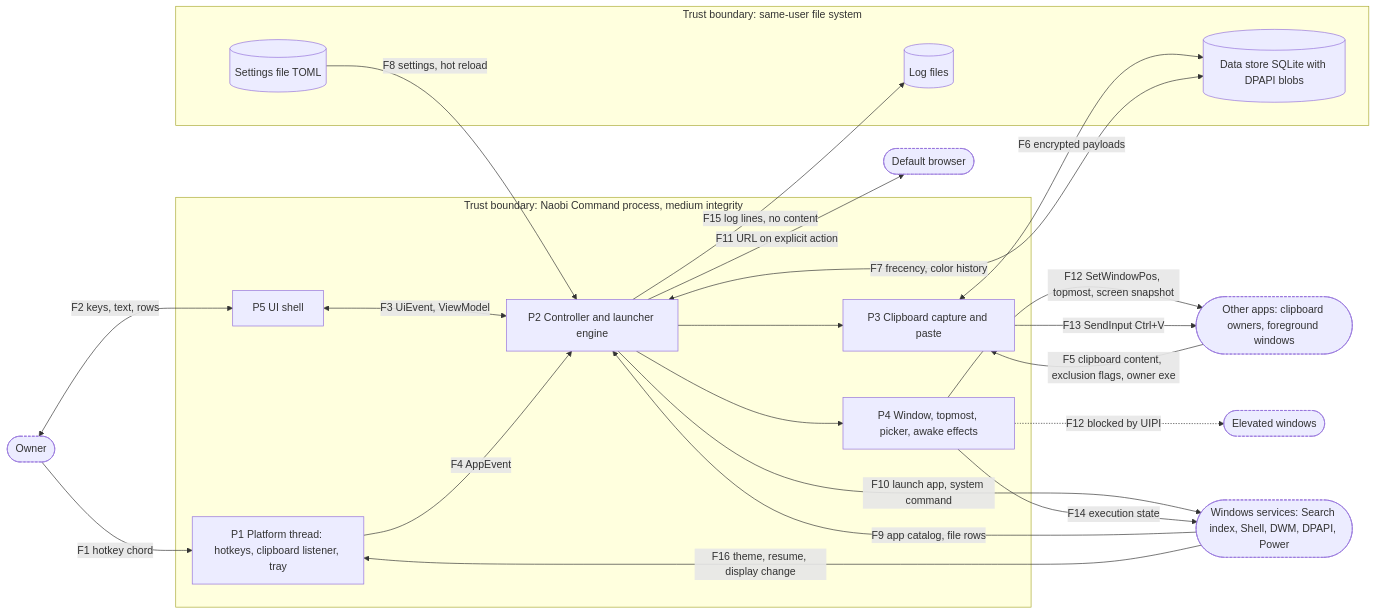
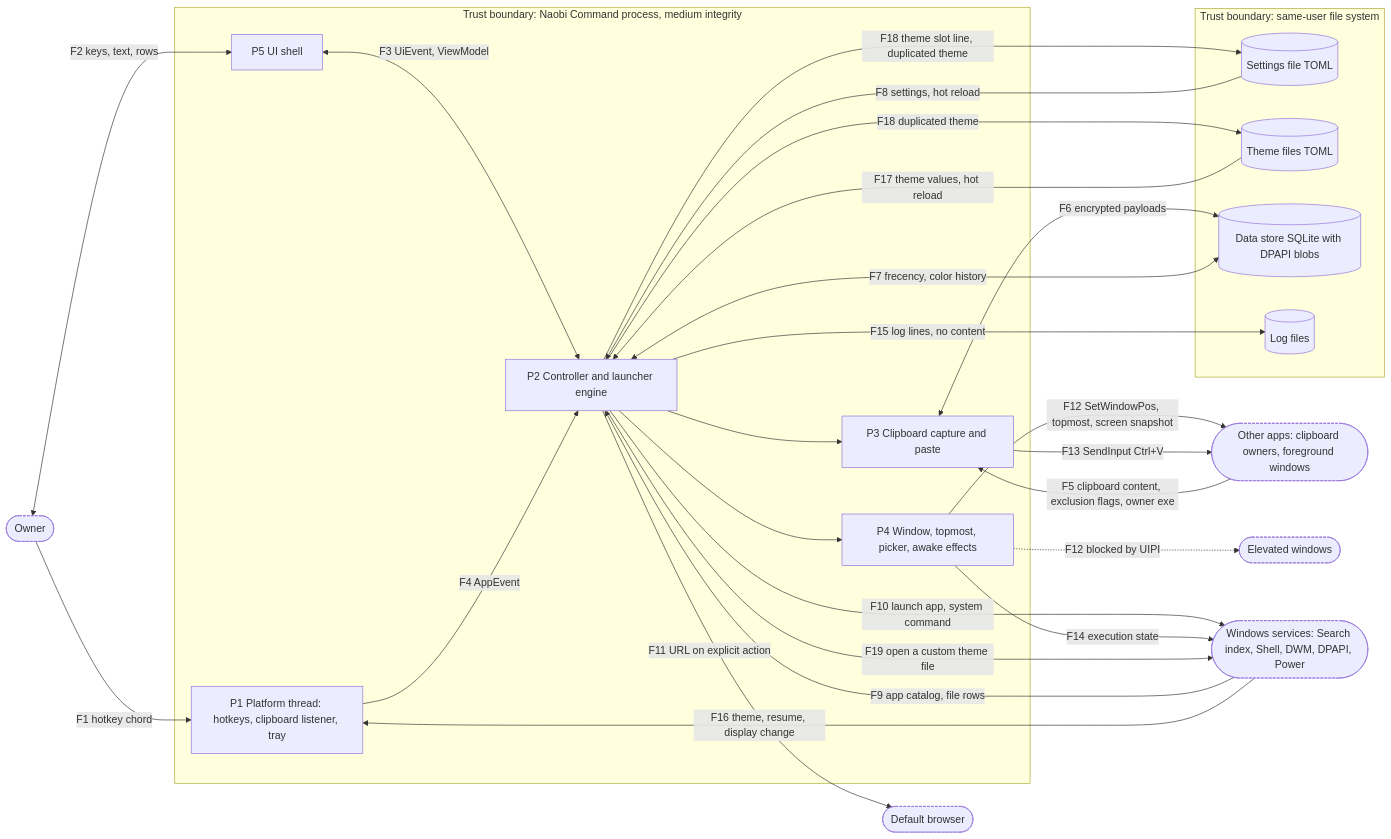
Before and after one commit to mrraihan29/naobi-command: the diagram in docs/diagrams/dfd.mmd, drawn with Mermaid. The commit also changed 12 other files, not shown here.

```diff
--- a/docs/diagrams/dfd.mmd
+++ b/docs/diagrams/dfd.mmd
@@ -1,38 +1,43 @@
 flowchart LR
   owner([Owner]):::ext
   otherapps([Other apps: clipboard owners, foreground windows]):::ext
   elevated([Elevated windows]):::ext
   winsvc([Windows services: Search index, Shell, DWM, DPAPI, Power]):::ext
   browser([Default browser]):::ext
   subgraph tb_fs[Trust boundary: same-user file system]
     settings[(Settings file TOML)]
+    themes[(Theme files TOML)]
     store[(Data store SQLite with DPAPI blobs)]
     logs[(Log files)]
   end
   subgraph tb_proc[Trust boundary: Naobi Command process, medium integrity]
     plat[P1 Platform thread: hotkeys, clipboard listener, tray]
     ctrl[P2 Controller and launcher engine]
     clip[P3 Clipboard capture and paste]
     mods[P4 Window, topmost, picker, awake effects]
     ui[P5 UI shell]
   end
   owner -->|"F1 hotkey chord"| plat
   owner <-->|"F2 keys, text, rows"| ui
   ui <-->|"F3 UiEvent, ViewModel"| ctrl
   plat -->|"F4 AppEvent"| ctrl
   otherapps -->|"F5 clipboard content, exclusion flags, owner exe"| clip
   clip <-->|"F6 encrypted payloads"| store
   ctrl <-->|"F7 frecency, color history"| store
   settings -->|"F8 settings, hot reload"| ctrl
   winsvc -->|"F9 app catalog, file rows"| ctrl
   ctrl -->|"F10 launch app, system command"| winsvc
   ctrl -->|"F11 URL on explicit action"| browser
   mods -->|"F12 SetWindowPos, topmost, screen snapshot"| otherapps
   mods -.->|"F12 blocked by UIPI"| elevated
   clip -->|"F13 SendInput Ctrl+V"| otherapps
   mods -->|"F14 execution state"| winsvc
   ctrl -->|"F15 log lines, no content"| logs
   winsvc -->|"F16 theme, resume, display change"| plat
+  themes -->|"F17 theme values, hot reload"| ctrl
+  ctrl -->|"F18 theme slot line, duplicated theme"| settings
+  ctrl -->|"F18 duplicated theme"| themes
+  ctrl -->|"F19 open a custom theme file"| winsvc
   ctrl --> clip
   ctrl --> mods
   classDef ext stroke-dasharray: 4 2
```
